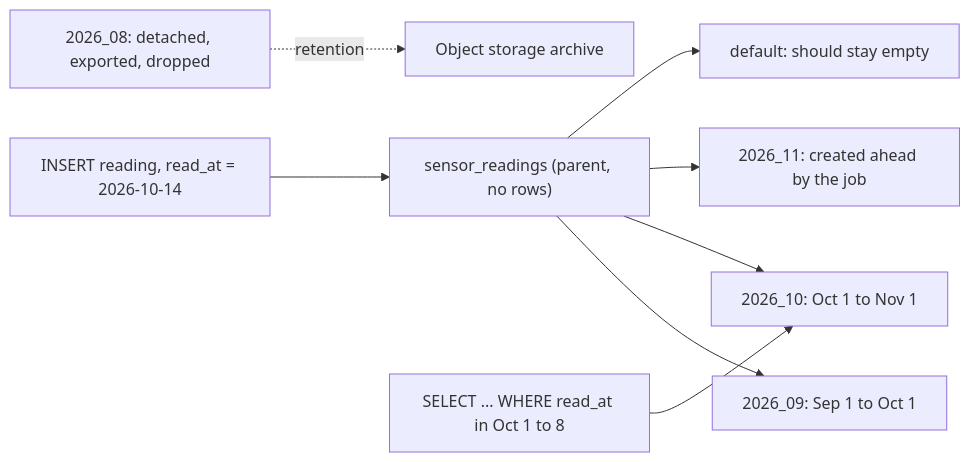
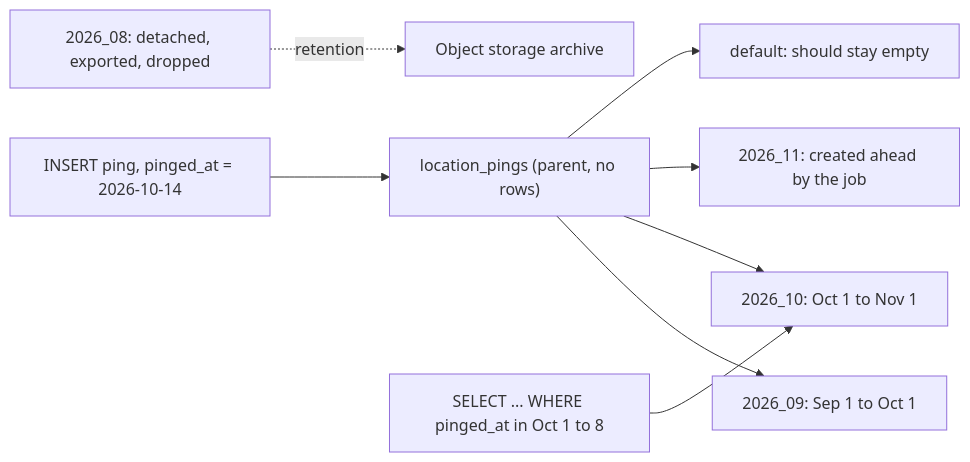
The third of 3 diagrams in content/lessons/m09/m09-partitioning-sharding.md (rizwi0786/system-design-lab), drawn with Mermaid before and after one commit. The commit also changed other lines of this file and 334 other files, not shown here.

````diff
--- a/content/lessons/m09/m09-partitioning-sharding.md
+++ b/content/lessons/m09/m09-partitioning-sharding.md
@@ -248,10 +248,10 @@
 ```mermaid
 flowchart LR
-    INS["INSERT reading, read_at = 2026-10-14"] --> P["sensor_readings (parent, no rows)"]
+    INS["INSERT ping, pinged_at = 2026-10-14"] --> P["location_pings (parent, no rows)"]
     P --> P9["2026_09: Sep 1 to Oct 1"]
     P --> P10["2026_10: Oct 1 to Nov 1"]
     P --> P11["2026_11: created ahead by the job"]
     P --> PD["default: should stay empty"]
     P8["2026_08: detached, exported, dropped"] -. "retention" .-> ARC["Object storage archive"]
-    Q["SELECT ... WHERE read_at in Oct 1 to 8"] --> P10
+    Q["SELECT ... WHERE pinged_at in Oct 1 to 8"] --> P10
 ```
````
